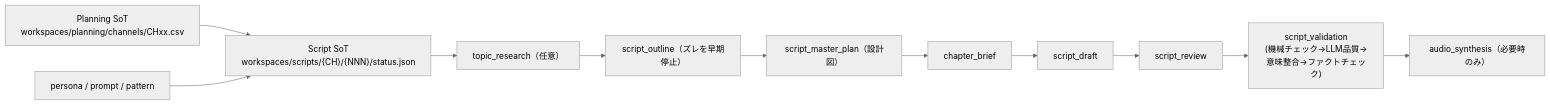
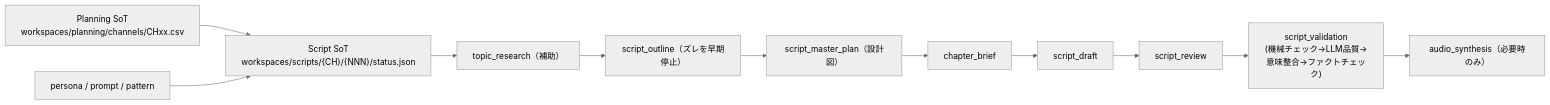
One commit to daideguchi/youtube_production2 changed the second of 2 diagrams in ssot/ops/OPS_SCRIPT_PIPELINE_SSOT.md. Above: the diagram before and after it, drawn with Mermaid (neutral theme). The commit also changed other lines of this file and 6288 other files, not shown here.

````diff
--- a/ssot/ops/OPS_SCRIPT_PIPELINE_SSOT.md
+++ b/ssot/ops/OPS_SCRIPT_PIPELINE_SSOT.md
@@ -201,13 +201,13 @@
 ```mermaid
 flowchart LR
   Planning["Planning SoT\nworkspaces/planning/channels/CHxx.csv"] --> Status["Script SoT\nworkspaces/scripts/{CH}/{NNN}/status.json"]
   Persona["persona / prompt / pattern"] --> Status
-  Status --> TR["topic_research（任意）"]
+  Status --> TR["topic_research（補助）"]
   TR --> OUT["script_outline（ズレを早期停止）"]
   OUT --> MP["script_master_plan（設計図）"]
   MP --> BR["chapter_brief"]
   BR --> DR["script_draft"]
   DR --> REV["script_review"]
   REV --> VAL["script_validation\n(機械チェック→LLM品質→意味整合→ファクトチェック)"]
   VAL --> AUDIO["audio_synthesis（必要時のみ）"]
 ```
````
